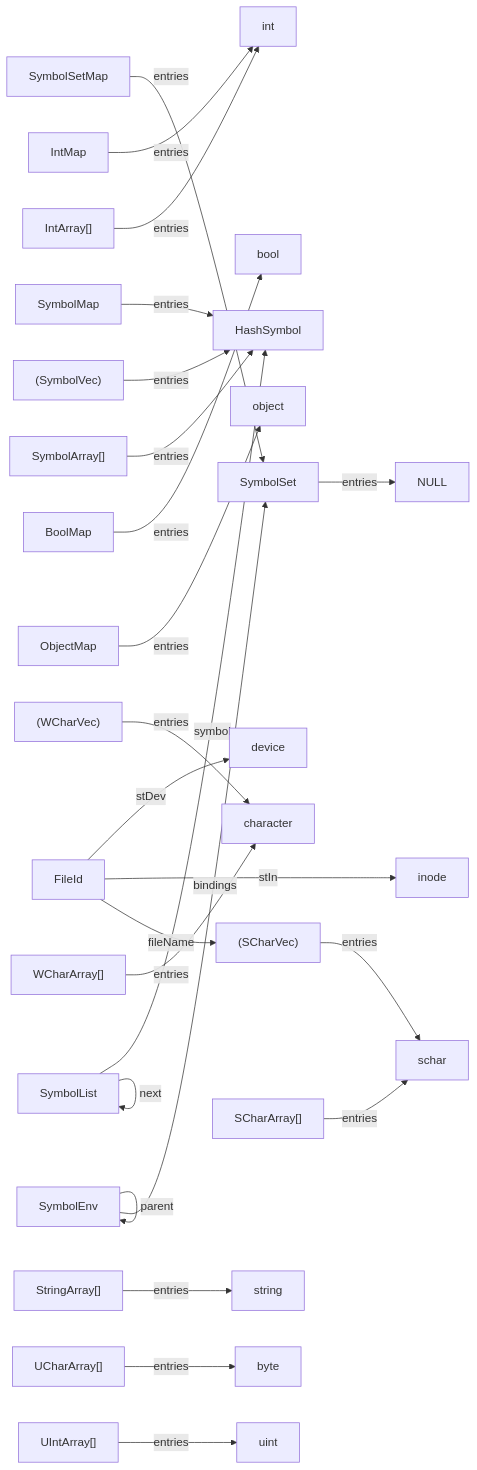
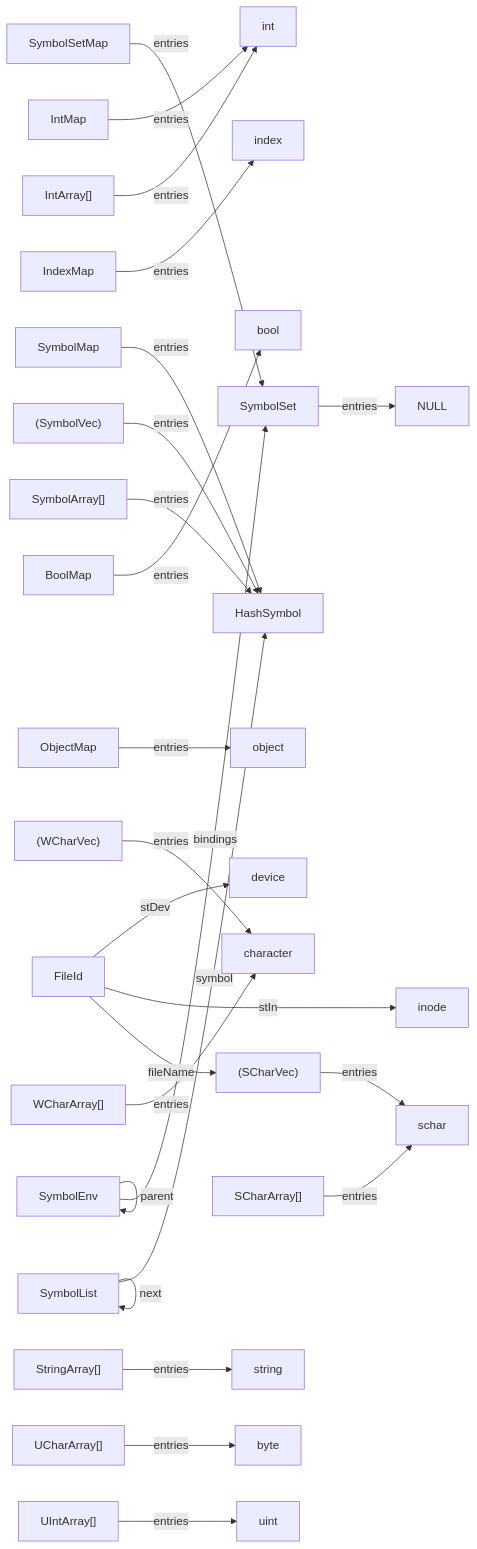
Before and after one commit to billhails/CEKF: the diagram in docs/generated/utils.md, drawn with Mermaid. The commit also changed 12 other files, not shown here.

````diff
--- a/docs/generated/utils.md
+++ b/docs/generated/utils.md
@@ -5,26 +5,27 @@
 ```mermaid
 flowchart LR
 SymbolSet --entries--> NULL
 IntMap --entries--> int
+IndexMap --entries--> index
 SymbolMap --entries--> HashSymbol
 SymbolSetMap --entries--> SymbolSet
 BoolMap --entries--> bool
 ObjectMap --entries--> object
 FileId --stDev--> device
 FileId --stIno--> inode
 FileId --fileName--> SCharVec
 SymbolList --symbol--> HashSymbol
 SymbolList --next--> SymbolList
 SymbolEnv --parent--> SymbolEnv
 SymbolEnv --bindings--> SymbolSet
 SCharVec["(SCharVec)"] --entries--> schar
 WCharVec["(WCharVec)"] --entries--> character
 SymbolVec["(SymbolVec)"] --entries--> HashSymbol
 StringArray["StringArray[]"] --entries--> string
 WCharArray["WCharArray[]"] --entries--> character
 UCharArray["UCharArray[]"] --entries--> byte
 SCharArray["SCharArray[]"] --entries--> schar
 SymbolArray["SymbolArray[]"] --entries--> HashSymbol
 IntArray["IntArray[]"] --entries--> int
 UIntArray["UIntArray[]"] --entries--> uint
 ```
````
